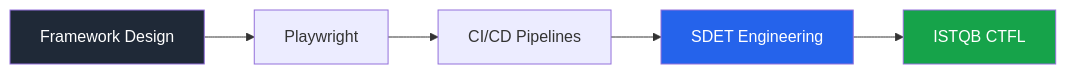
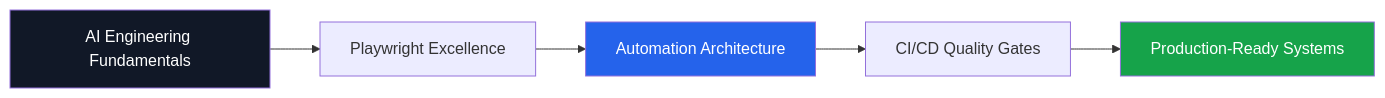
One commit to ahamedumar15/ahamedumar15 changed the diagram in README.md. Above: the diagram before and after it, drawn with Mermaid. The commit also changed other lines of this file, not shown here.

````diff
--- a/README.md
+++ b/README.md
@@ -105,11 +120,11 @@
 ```mermaid
 graph LR
-    A[Framework Design] --> B[Playwright]
-    B --> C[CI/CD Pipelines]
-    C --> D[SDET Engineering]
-    D --> E[ISTQB CTFL]
+    A[AI Engineering Fundamentals] --> B[Playwright Excellence]
+    B --> C[Automation Architecture]
+    C --> D[CI/CD Quality Gates]
+    D --> E[Production-Ready Systems]
 
-    style A fill:#1f2937,color:#fff
-    style D fill:#2563eb,color:#fff
+    style A fill:#111827,color:#fff
+    style C fill:#2563eb,color:#fff
     style E fill:#16a34a,color:#fff
 ```
````
